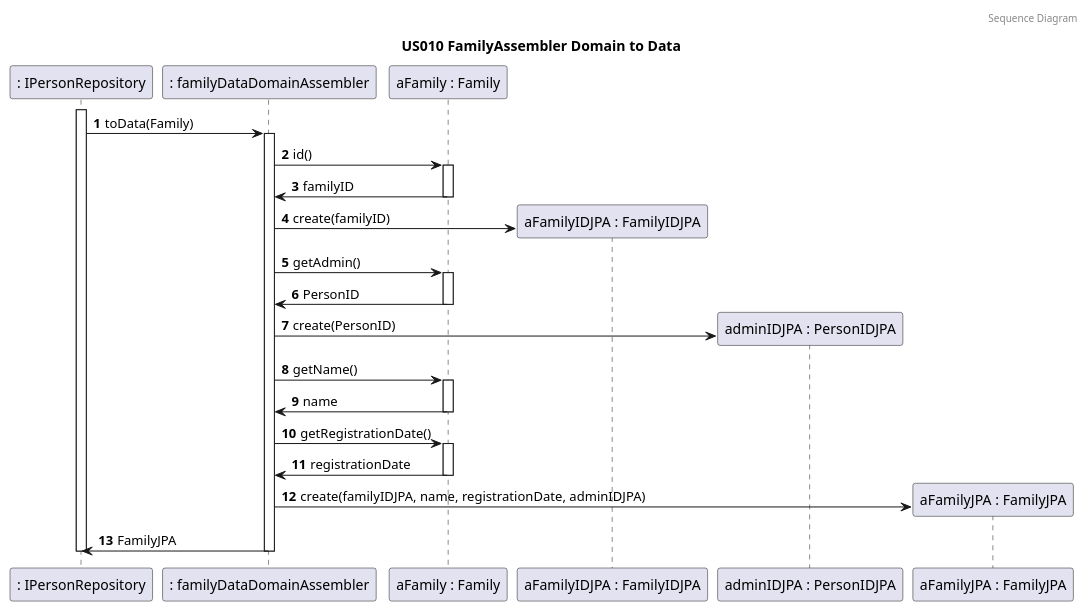
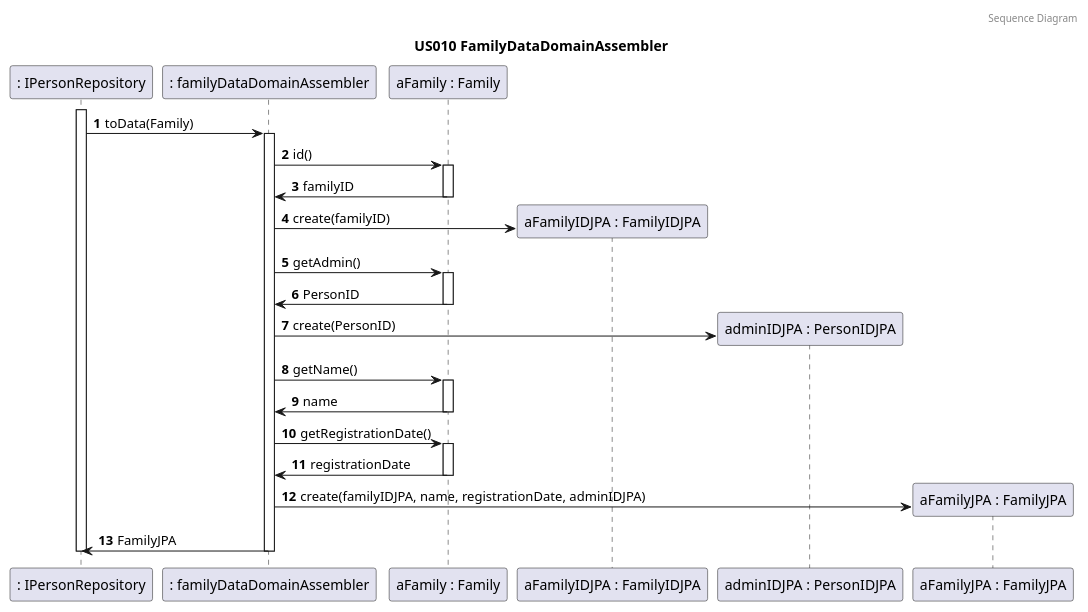
The sixth of 8 diagrams in docs/sprint4/user_stories/US010_CreateAFamilyAndSetAdministrator.md (tomas-osswald/switch_2020_g3), drawn with PlantUML before and after one commit. The commit also changed other lines of this file, not shown here.

Commit message:
fix naming diagrams

`````diff
--- a/docs/sprint4/user_stories/US010_CreateAFamilyAndSetAdministrator.md
+++ b/docs/sprint4/user_stories/US010_CreateAFamilyAndSetAdministrator.md
@@ -230,42 +230,42 @@
 ````puml
 @startuml
 
 autonumber
 header Sequence Diagram
-title US010 FamilyAssembler Domain to Data
+title US010 FamilyDataDomainAssembler 
 
 participant ": IPersonRepository" as personRepo
 participant ": familyDataDomainAssembler" as assembler
 participant "aFamily : Family" as Family
 participant "aFamilyIDJPA : FamilyIDJPA" as FamilyIDJPA
 participant "adminIDJPA : PersonIDJPA" as PersonIDJPA
 participant "aFamilyJPA : FamilyJPA" as FamilyJPA
 
 activate personRepo
 personRepo -> assembler : toData(Family)
 activate assembler
 assembler -> Family : id()
 activate Family 
 Family -> assembler : familyID
 deactivate Family 
 assembler -> FamilyIDJPA** : create(familyID)
 assembler -> Family : getAdmin()
 activate Family 
 Family -> assembler : PersonID
 deactivate Family 
 assembler -> PersonIDJPA** : create(PersonID)
 assembler -> Family : getName()
 activate Family 
 Family -> assembler : name
 deactivate Family 
 assembler -> Family : getRegistrationDate()
 activate Family 
 Family -> assembler : registrationDate
 deactivate Family 
 assembler -> FamilyJPA** : create(familyIDJPA, name, registrationDate, adminIDJPA)
 assembler -> personRepo : FamilyJPA
 deactivate assembler
 deactivate personRepo
 
 @enduml
 ````
`````
